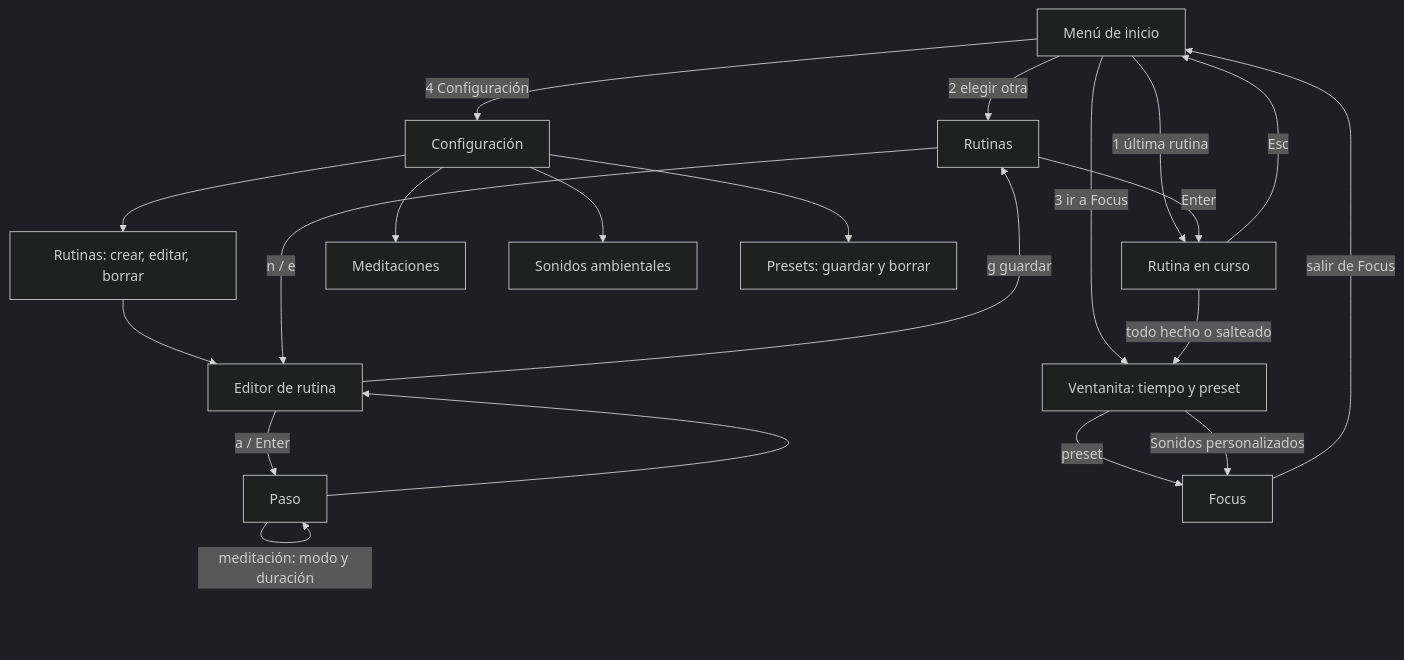
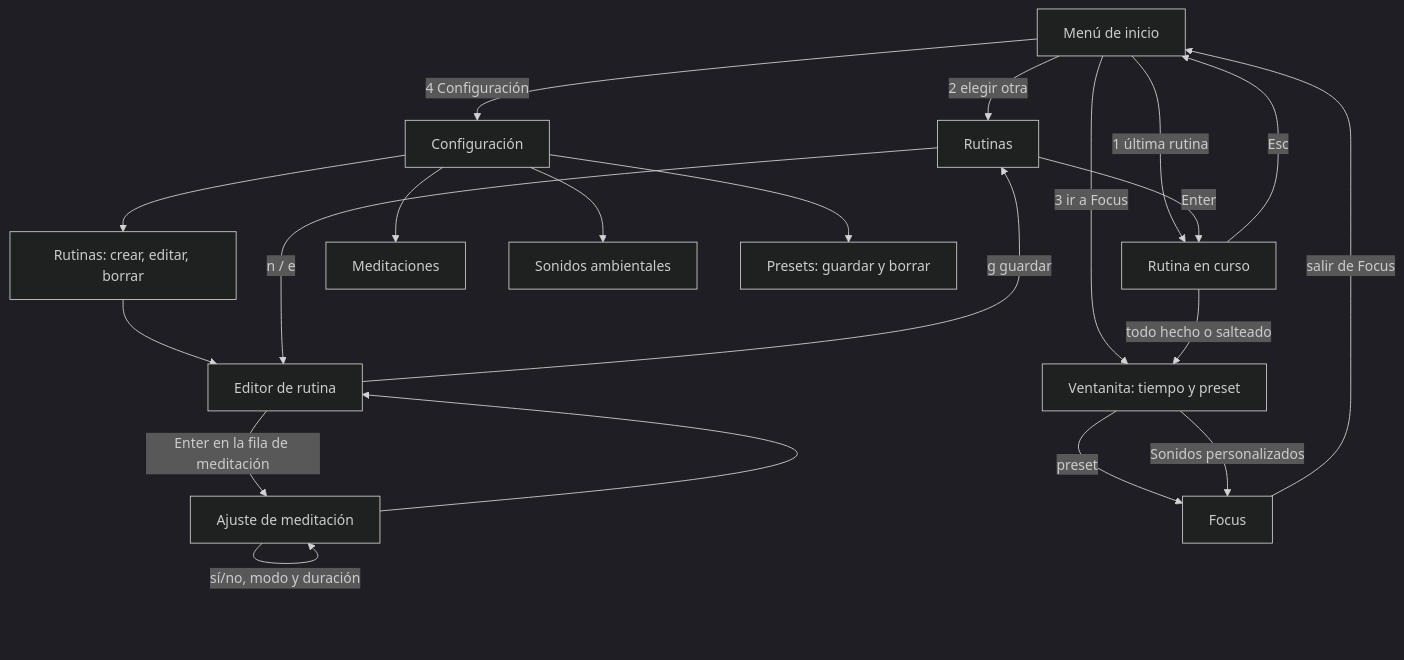
The diagram in docs/diseno/v2-estructura-y-rutina.md (fabrifont/focus-ambience), drawn with Mermaid (dark theme) before and after one commit. The commit also changed other lines of this file and 2 other files, not shown here.

Commit message:
Documentar la meditación como ajuste aparte de la rutina

````diff
--- a/docs/diseno/v2-estructura-y-rutina.md
+++ b/docs/diseno/v2-estructura-y-rutina.md
@@ -48,23 +48,23 @@
 ```mermaid
 flowchart TD
   M[Menú de inicio] -->|1 última rutina| R[Rutina en curso]
   M -->|2 elegir otra| L[Rutinas]
   M -->|3 ir a Focus| V[Ventanita: tiempo y preset]
   M -->|4 Configuración| C[Configuración]
   C --> L2[Rutinas: crear, editar, borrar]
   C --> MD[Meditaciones]
   C --> SA[Sonidos ambientales]
   C --> PR[Presets: guardar y borrar]
   L2 --> E
   L -->|Enter| R
   L -->|n / e| E[Editor de rutina]
-  E -->|a / Enter| P[Paso]
-  P -->|meditación: modo y duración| P
+  E -->|Enter en la fila de meditación| P[Ajuste de meditación]
+  P -->|sí/no, modo y duración| P
   P --> E
   E -->|g guardar| L
   R -->|todo hecho o salteado| V
   R -->|Esc| M
   V -->|preset| F[Focus]
   V -->|Sonidos personalizados| F
   F -->|salir de Focus| M
 ```
````
